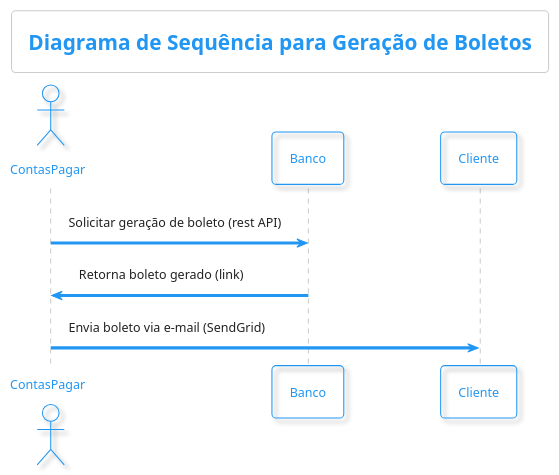
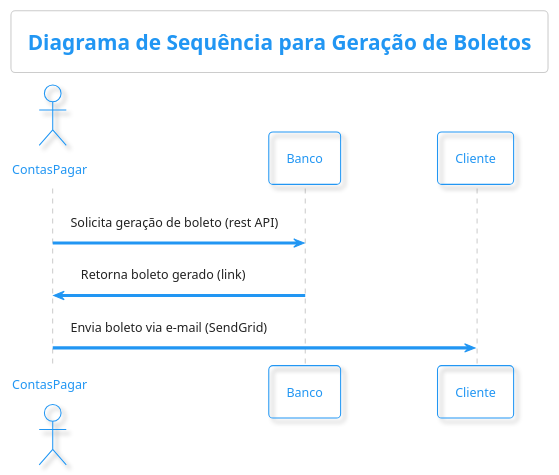
One commit to samoryfiotec/Editora changed the diagram in docs/Sequence_Geracao.puml. Above: the diagram before and after it, drawn with PlantUML. The commit also changed 3 other files, not shown here.

Commit message:
Atualiza diagramas de sequência para criação e geração de boletos, incluindo melhorias na nomenclatura e adição de novos fluxos alternativos.

```diff
--- a/docs/Sequence_Geracao.puml
+++ b/docs/Sequence_Geracao.puml
@@ -1,11 +1,11 @@
 @startuml DiagramaSequencia
 !theme materia-outline
 title Diagrama de Sequência para Geração de Boletos
 actor       ContasPagar  as conta
 participant       Banco         as banco
 participant       Cliente       as cliente
-conta -> banco : Solicitar geração de boleto (rest API)
+conta -> banco : Solicita geração de boleto (rest API)
 banco -> conta : Retorna boleto gerado (link)
 conta -> cliente : Envia boleto via e-mail (SendGrid)
 
 @enduml
```
